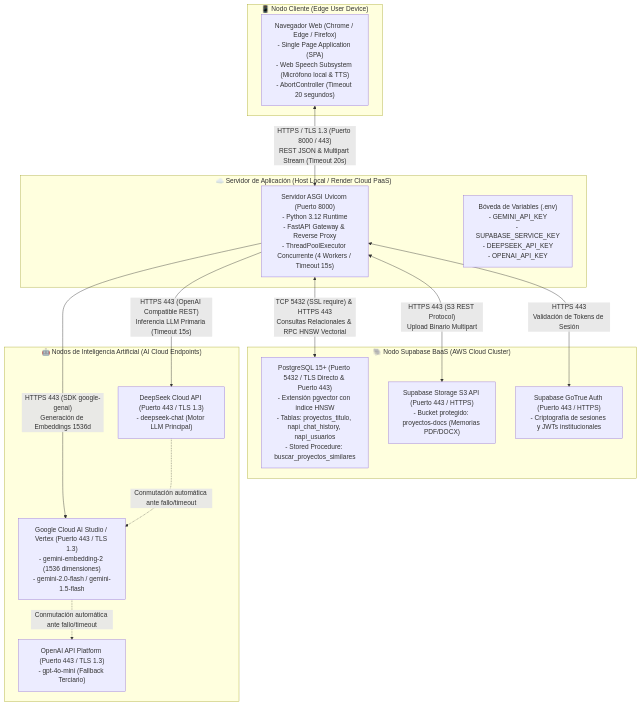
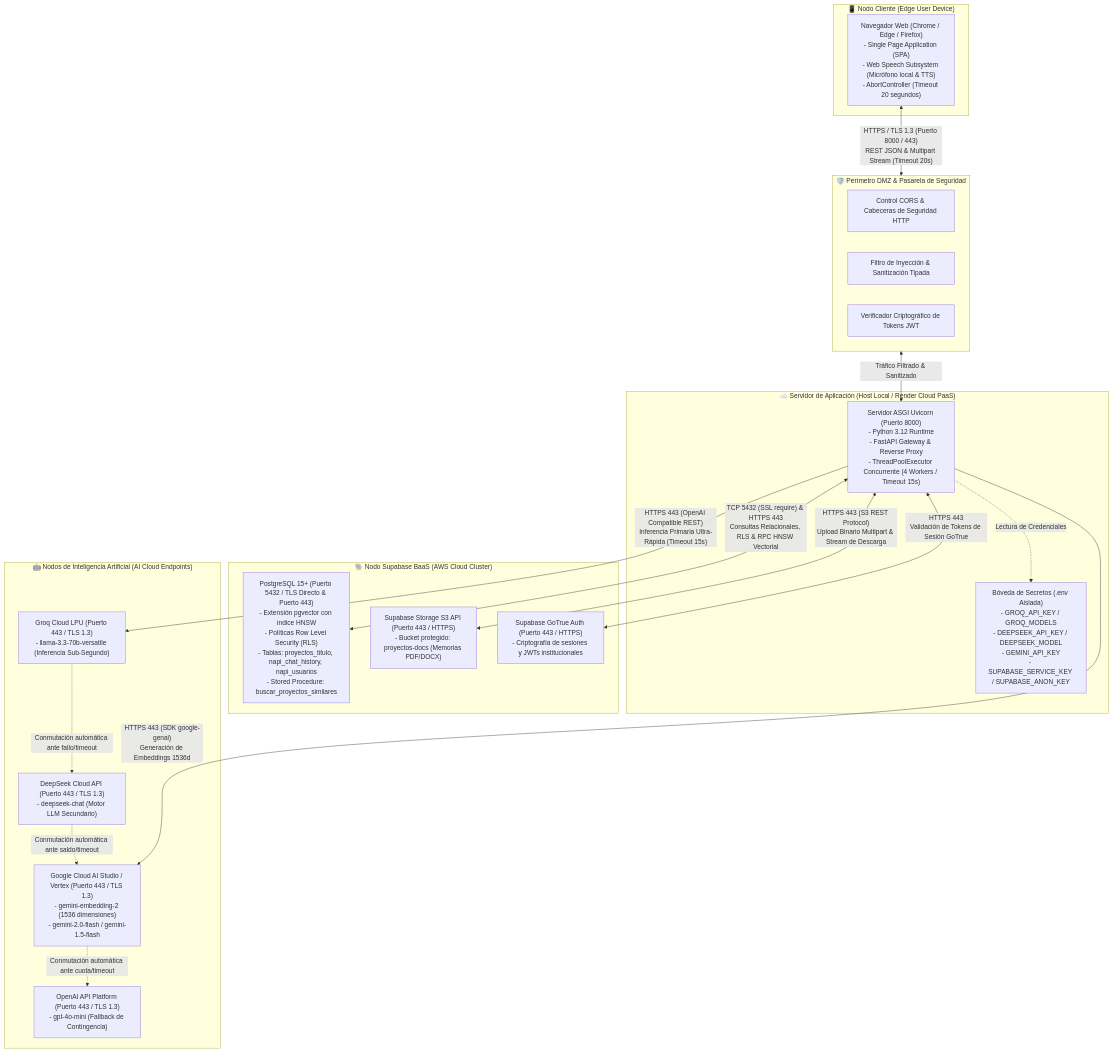
Before and after one commit to MemoryTesis2026/N.A.P.I: the sixth of 7 diagrams in README.md, drawn with Mermaid. The commit also changed other lines of this file and 6 other files, not shown here.

````diff
--- a/README.md
+++ b/README.md
@@ -356,34 +537,44 @@
 ```mermaid
 graph TB
     subgraph ClientNode ["📱 Nodo Cliente (Edge User Device)"]
         ClientBrowser["Navegador Web (Chrome / Edge / Firefox)\n- Single Page Application (SPA)\n- Web Speech Subsystem (Micrófono local & TTS)\n- AbortController (Timeout 20 segundos)"]
     end
 
+    subgraph SecurityDMZ ["🛡️ Perímetro DMZ & Pasarela de Seguridad"]
+        CORSControl["Control CORS & Cabeceras de Seguridad HTTP"]
+        PydanticSanitize["Filtro de Inyección & Sanitización Tipada"]
+        TokenValidator["Verificador Criptográfico de Tokens JWT"]
+    end
+
     subgraph AppServerNode ["☁️ Servidor de Aplicación (Host Local / Render Cloud PaaS)"]
         UvicornServer["Servidor ASGI Uvicorn (Puerto 8000)\n- Python 3.12 Runtime\n- FastAPI Gateway & Reverse Proxy\n- ThreadPoolExecutor Concurrente (4 Workers / Timeout 15s)"]
-        EnvSecret["Bóveda de Variables (.env)\n- GEMINI_API_KEY\n- SUPABASE_SERVICE_KEY\n- DEEPSEEK_API_KEY\n- OPENAI_API_KEY"]
+        EnvSecret["Bóveda de Secretos (.env Aislada)\n- GROQ_API_KEY / GROQ_MODELS\n- DEEPSEEK_API_KEY / DEEPSEEK_MODEL\n- GEMINI_API_KEY\n- SUPABASE_SERVICE_KEY / SUPABASE_ANON_KEY"]
     end
 
     subgraph SupabaseCluster ["🐘 Nodo Supabase BaaS (AWS Cloud Cluster)"]
-        PostgresEngine["PostgreSQL 15+ (Puerto 5432 / TLS Directo & Puerto 443)\n- Extensión pgvector con índice HNSW\n- Tablas: proyectos_titulo, napi_chat_history, napi_usuarios\n- Stored Procedure: buscar_proyectos_similares"]
+        PostgresEngine["PostgreSQL 15+ (Puerto 5432 / TLS Directo & Puerto 443)\n- Extensión pgvector con índice HNSW\n- Políticas Row Level Security (RLS)\n- Tablas: proyectos_titulo, napi_chat_history, napi_usuarios\n- Stored Procedure: buscar_proyectos_similares"]
         StorageEngine["Supabase Storage S3 API (Puerto 443 / HTTPS)\n- Bucket protegido: proyectos-docs (Memorias PDF/DOCX)"]
         AuthEngine["Supabase GoTrue Auth (Puerto 443 / HTTPS)\n- Criptografía de sesiones y JWTs institucionales"]
     end
 
     subgraph CognitiveCluster ["🤖 Nodos de Inteligencia Artificial (AI Cloud Endpoints)"]
+        GroqAPI["Groq Cloud LPU (Puerto 443 / TLS 1.3)\n- llama-3.3-70b-versatile (Inferencia Sub-Segundo)"]
+        DeepSeekAPI["DeepSeek Cloud API (Puerto 443 / TLS 1.3)\n- deepseek-chat (Motor LLM Secundario)"]
         GoogleAPI["Google Cloud AI Studio / Vertex (Puerto 443 / TLS 1.3)\n- gemini-embedding-2 (1536 dimensiones)\n- gemini-2.0-flash / gemini-1.5-flash"]
-        DeepSeekAPI["DeepSeek Cloud API (Puerto 443 / TLS 1.3)\n- deepseek-chat (Motor LLM Principal)"]
-        OpenAIAPI["OpenAI API Platform (Puerto 443 / TLS 1.3)\n- gpt-4o-mini (Fallback Terciario)"]
+        OpenAIAPI["OpenAI API Platform (Puerto 443 / TLS 1.3)\n- gpt-4o-mini (Fallback de Contingencia)"]
     end
 
-    ClientBrowser <-->|"HTTPS / TLS 1.3 (Puerto 8000 / 443)\nREST JSON & Multipart Stream (Timeout 20s)"| UvicornServer
+    ClientBrowser <-->|"HTTPS / TLS 1.3 (Puerto 8000 / 443)\nREST JSON & Multipart Stream (Timeout 20s)"| SecurityDMZ
+    SecurityDMZ <-->|"Tráfico Filtrado & Sanitizado"| UvicornServer
+    UvicornServer -.->|"Lectura de Credenciales"| EnvSecret
 
-    UvicornServer <-->|"TCP 5432 (SSL require) & HTTPS 443\nConsultas Relacionales & RPC HNSW Vectorial"| PostgresEngine
-    UvicornServer <-->|"HTTPS 443 (S3 REST Protocol)\nUpload Binario Multipart"| StorageEngine
-    UvicornServer <-->|"HTTPS 443\nValidación de Tokens de Sesión"| AuthEngine
+    UvicornServer <-->|"TCP 5432 (SSL require) & HTTPS 443\nConsultas Relacionales, RLS & RPC HNSW Vectorial"| PostgresEngine
+    UvicornServer <-->|"HTTPS 443 (S3 REST Protocol)\nUpload Binario Multipart & Stream de Descarga"| StorageEngine
+    UvicornServer <-->|"HTTPS 443\nValidación de Tokens de Sesión GoTrue"| AuthEngine
 
+    UvicornServer -->|"HTTPS 443 (OpenAI Compatible REST)\nInferencia Primaria Ultra-Rápida (Timeout 15s)"| GroqAPI
+    GroqAPI -.->|"Conmutación automática ante fallo/timeout"| DeepSeekAPI
+    DeepSeekAPI -.->|"Conmutación automática ante saldo/timeout"| GoogleAPI
+    GoogleAPI -.->|"Conmutación automática ante cuota/timeout"| OpenAIAPI
     UvicornServer -->|"HTTPS 443 (SDK google-genai)\nGeneración de Embeddings 1536d"| GoogleAPI
-    UvicornServer -->|"HTTPS 443 (OpenAI Compatible REST)\nInferencia LLM Primaria (Timeout 15s)"| DeepSeekAPI
-    DeepSeekAPI -.->|"Conmutación automática ante fallo/timeout"| GoogleAPI
-    GoogleAPI -.->|"Conmutación automática ante fallo/timeout"| OpenAIAPI
 ```
````
